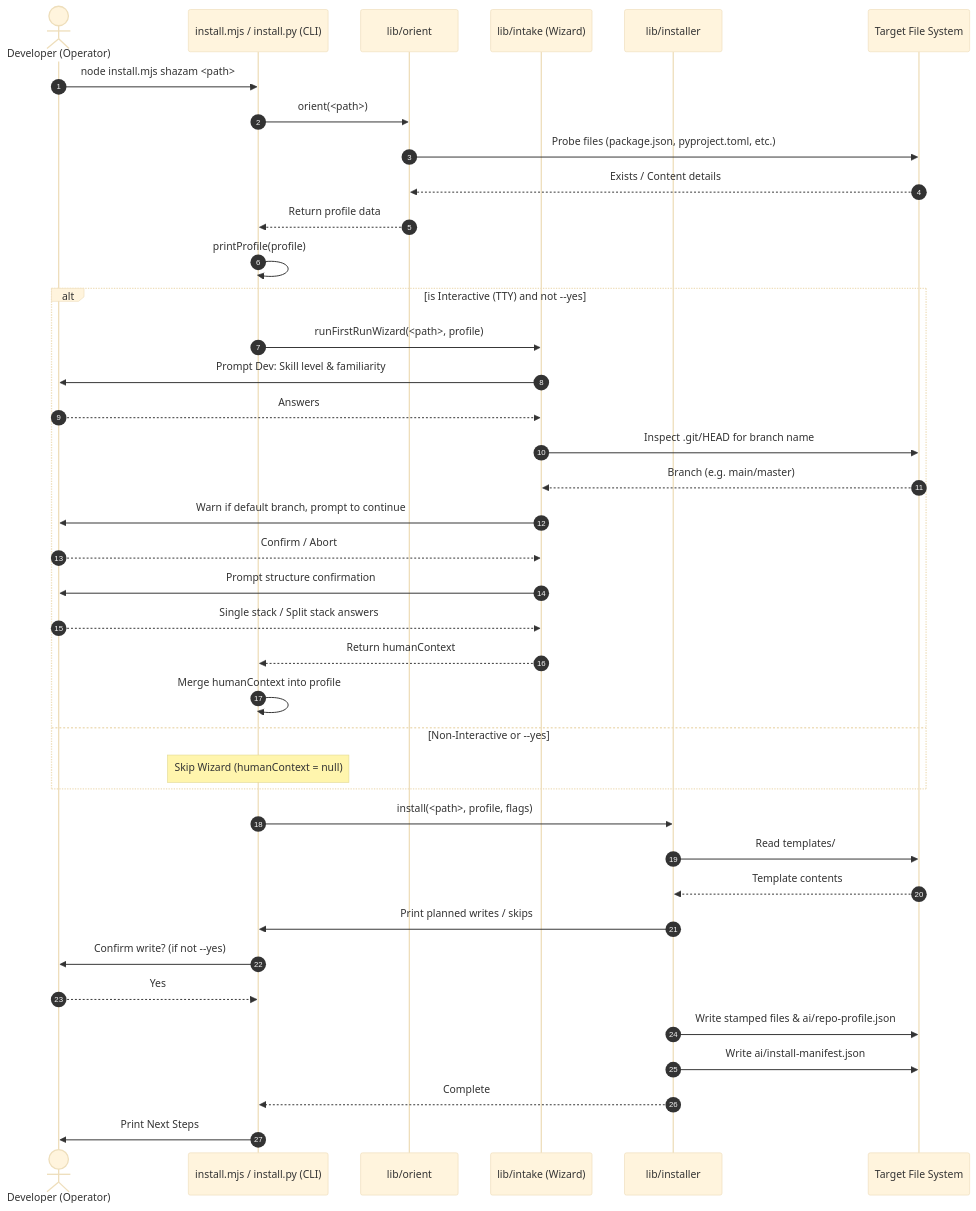
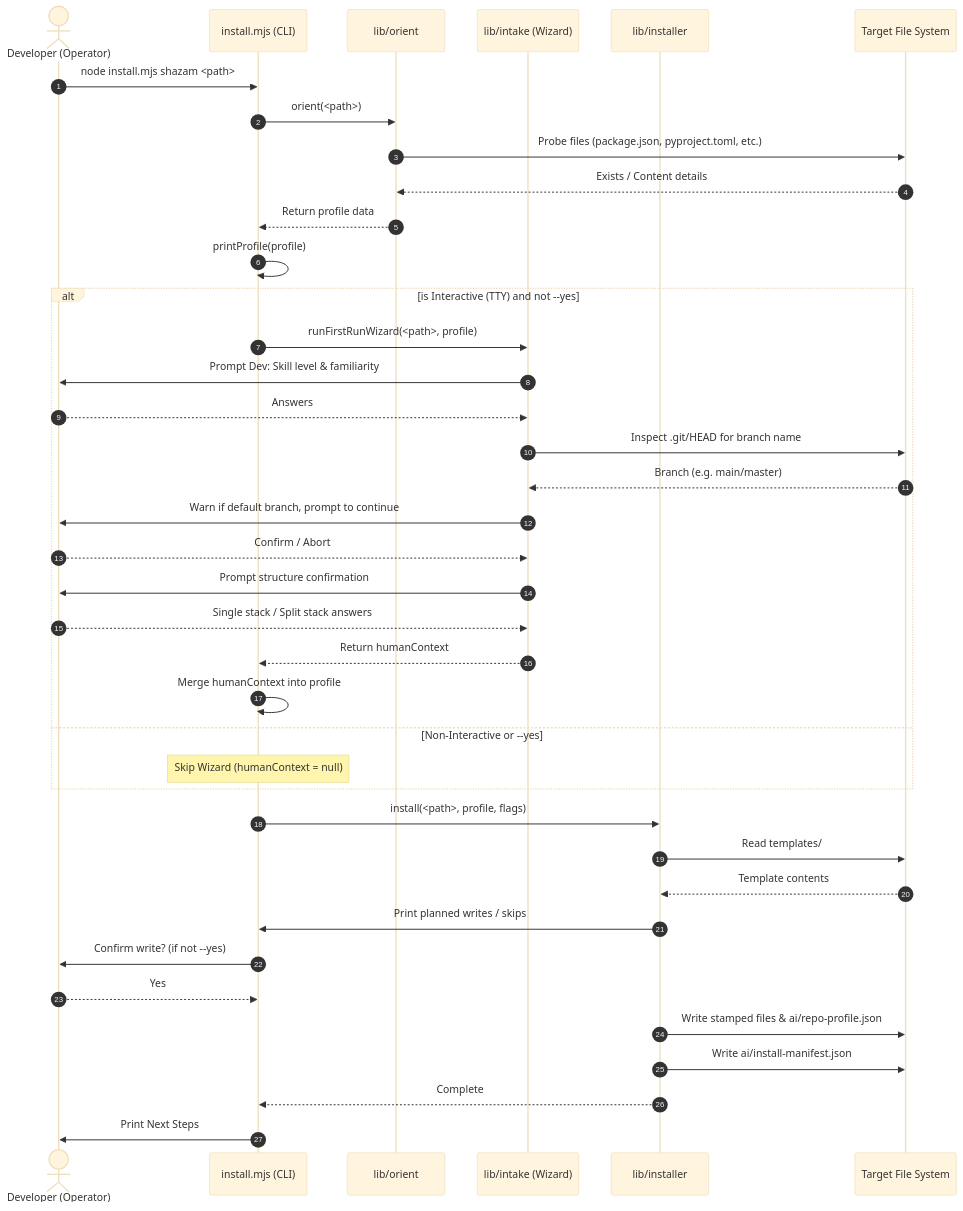
One commit to kunalsuri/ai-fication-kit changed the third of 3 diagrams in docs/system-diagrams/README.md. Above: the diagram before and after it, drawn with Mermaid (base theme). The commit also changed other lines of this file and 50 other files, not shown here.

````diff
--- a/docs/system-diagrams/README.md
+++ b/docs/system-diagrams/README.md
@@ -115,44 +115,44 @@
 ```mermaid
 sequenceDiagram
     autonumber
     actor Dev as Developer (Operator)
-    participant CLI as install.mjs / install.py (CLI)
+    participant CLI as install.mjs (CLI)
     participant ORI as lib/orient
     participant INT as lib/intake (Wizard)
     participant INS as lib/installer
     participant FS as Target File System
 
     Dev->>CLI: node install.mjs shazam <path>
     CLI->>ORI: orient(<path>)
     ORI->>FS: Probe files (package.json, pyproject.toml, etc.)
     FS-->>ORI: Exists / Content details
     ORI-->>CLI: Return profile data
     CLI->>CLI: printProfile(profile)
     
     alt is Interactive (TTY) and not --yes
         CLI->>INT: runFirstRunWizard(<path>, profile)
         INT->>Dev: Prompt Dev: Skill level & familiarity
         Dev-->>INT: Answers
         INT->>FS: Inspect .git/HEAD for branch name
         FS-->>INT: Branch (e.g. main/master)
         INT->>Dev: Warn if default branch, prompt to continue
         Dev-->>INT: Confirm / Abort
         INT->>Dev: Prompt structure confirmation
         Dev-->>INT: Single stack / Split stack answers
         INT-->>CLI: Return humanContext
         CLI->>CLI: Merge humanContext into profile
     else Non-Interactive or --yes
         Note over CLI: Skip Wizard (humanContext = null)
     end
 
     CLI->>INS: install(<path>, profile, flags)
     INS->>FS: Read templates/
     FS-->>INS: Template contents
     INS->>CLI: Print planned writes / skips
     CLI->>Dev: Confirm write? (if not --yes)
     Dev-->>CLI: Yes
     INS->>FS: Write stamped files & ai/repo-profile.json
     INS->>FS: Write ai/install-manifest.json
     INS-->>CLI: Complete
     CLI->>Dev: Print Next Steps
 ```
````
